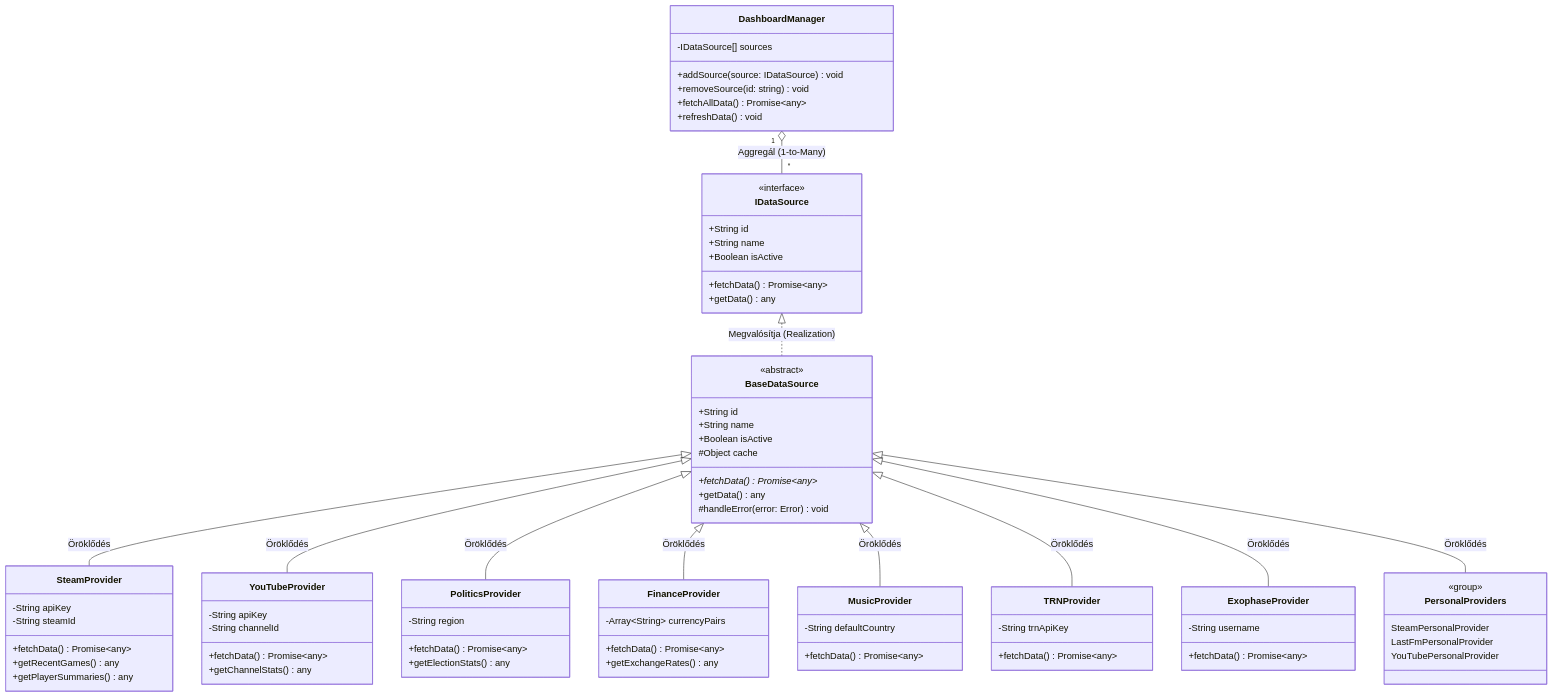
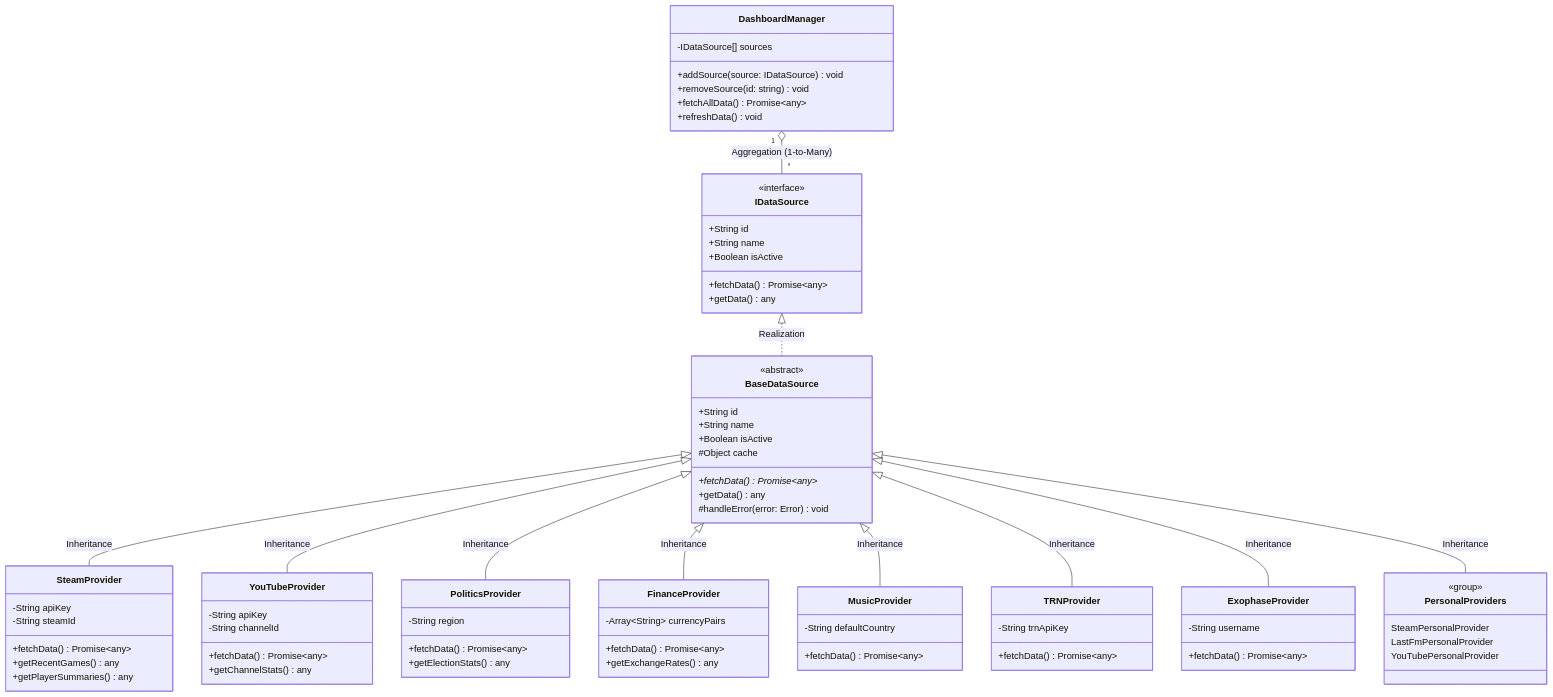
The diagram in docs/UML/CLASS.md (CsPS0/WorldWideDashBoard), drawn with Mermaid before and after one commit. The commit also changed other lines of this file and 41 other files, not shown here.

````diff
--- a/docs/UML/CLASS.md
+++ b/docs/UML/CLASS.md
@@ -12,7 +12,6 @@
         +refreshData() void
     }
 
-
     class IDataSource {
         <<interface>>
         +String id
@@ -21,7 +20,6 @@
         +fetchData() Promise~any~
         +getData() any
     }
-
 
     class BaseDataSource {
         <<abstract>>
@@ -33,7 +31,6 @@
         +getData() any
         #handleError(error: Error) void
     }
-
 
     class SteamProvider {
         -String apiKey
@@ -85,15 +82,15 @@
     }
 
 
-    IDataSource <|.. BaseDataSource : Megvalósítja (Realization)
-    DashboardManager "1" o-- "*" IDataSource : Aggregál (1-to-Many)
+    IDataSource <|.. BaseDataSource : Realization
+    DashboardManager "1" o-- "*" IDataSource : Aggregation (1-to-Many)
     
-    BaseDataSource <|-- SteamProvider : Öröklődés
-    BaseDataSource <|-- YouTubeProvider : Öröklődés
-    BaseDataSource <|-- PoliticsProvider : Öröklődés
-    BaseDataSource <|-- FinanceProvider : Öröklődés
-    BaseDataSource <|-- MusicProvider : Öröklődés
-    BaseDataSource <|-- TRNProvider : Öröklődés
-    BaseDataSource <|-- ExophaseProvider : Öröklődés
-    BaseDataSource <|-- PersonalProviders : Öröklődés
+    BaseDataSource <|-- SteamProvider : Inheritance
+    BaseDataSource <|-- YouTubeProvider : Inheritance
+    BaseDataSource <|-- PoliticsProvider : Inheritance
+    BaseDataSource <|-- FinanceProvider : Inheritance
+    BaseDataSource <|-- MusicProvider : Inheritance
+    BaseDataSource <|-- TRNProvider : Inheritance
+    BaseDataSource <|-- ExophaseProvider : Inheritance
+    BaseDataSource <|-- PersonalProviders : Inheritance
 ```
````
